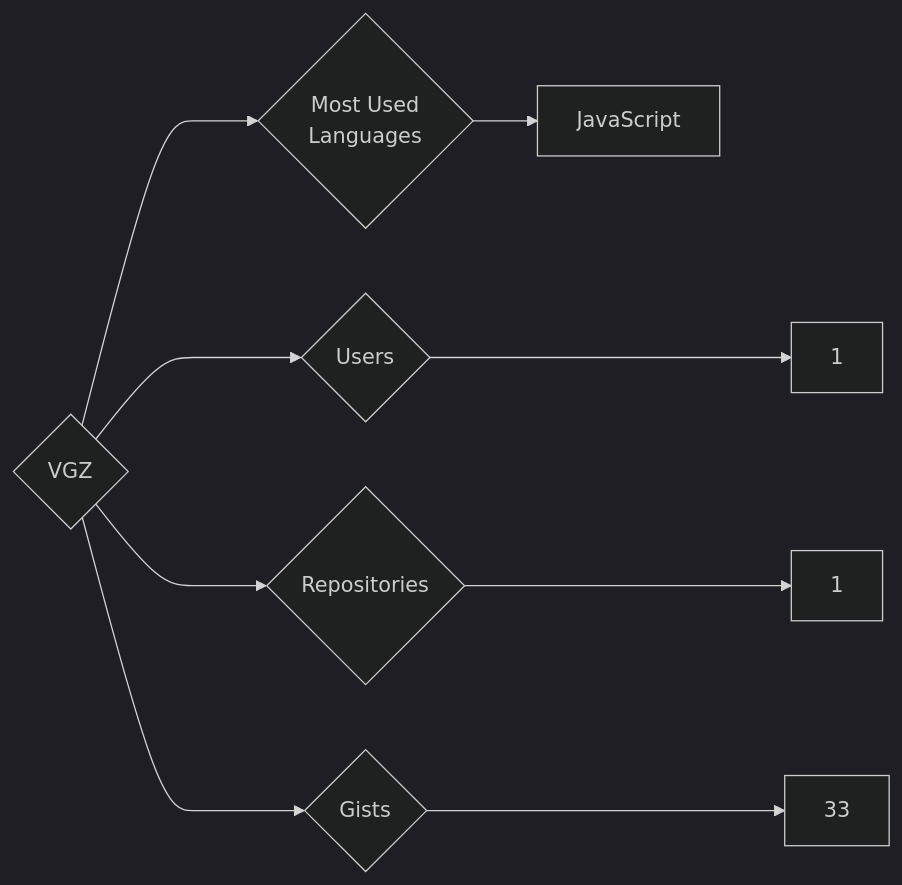
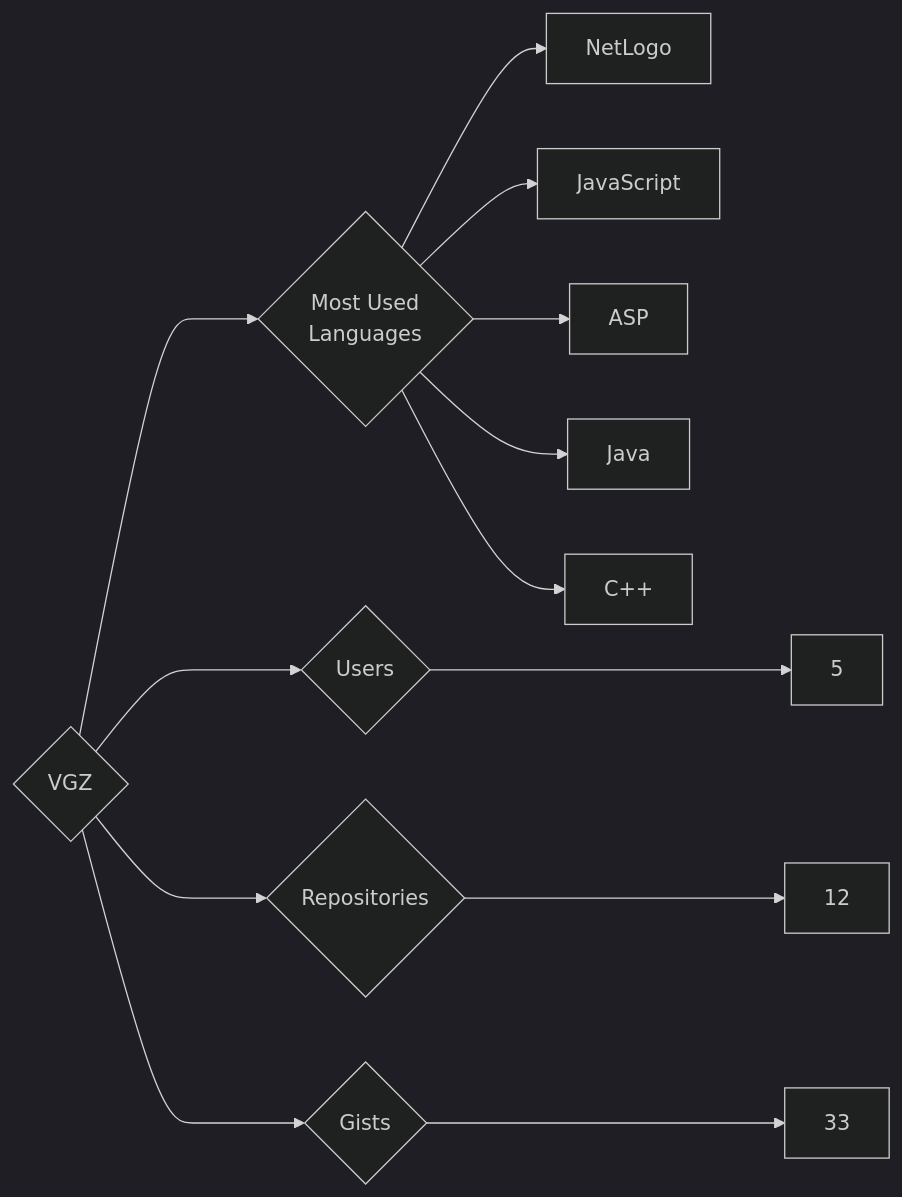
One commit to trickest/insiders changed the diagram in targets/VGZ/README.md. Above: the diagram before and after it, drawn with Mermaid (dark theme). The commit also changed 797 other files, not shown here.

````diff
--- a/targets/VGZ/README.md
+++ b/targets/VGZ/README.md
@@ -3,9 +3,13 @@
 ```mermaid
 graph LR
 COMPANY_NAME{VGZ}
-COMPANY_NAME ---> U{Users} ---> UN[1]
-COMPANY_NAME ---> R{Repositories} ---> RN[1]
+COMPANY_NAME ---> U{Users} ---> UN[5]
+COMPANY_NAME ---> R{Repositories} ---> RN[12]
 COMPANY_NAME ---> G{Gists} ---> GN[33]
 COMPANY_NAME ---> ML{Most Used<br>Languages}
+ML --> NetLogo[NetLogo]
 ML --> JavaScript[JavaScript]
+ML --> ASP[ASP]
+ML --> Java[Java]
+ML --> C++[C++]
 ```
````
